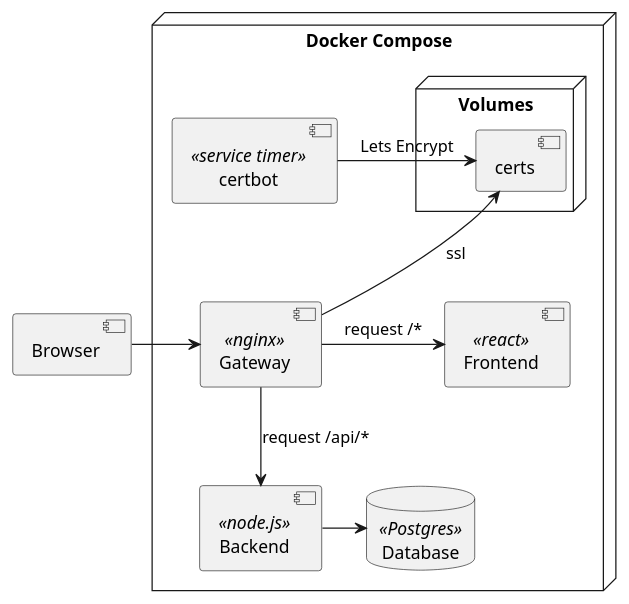
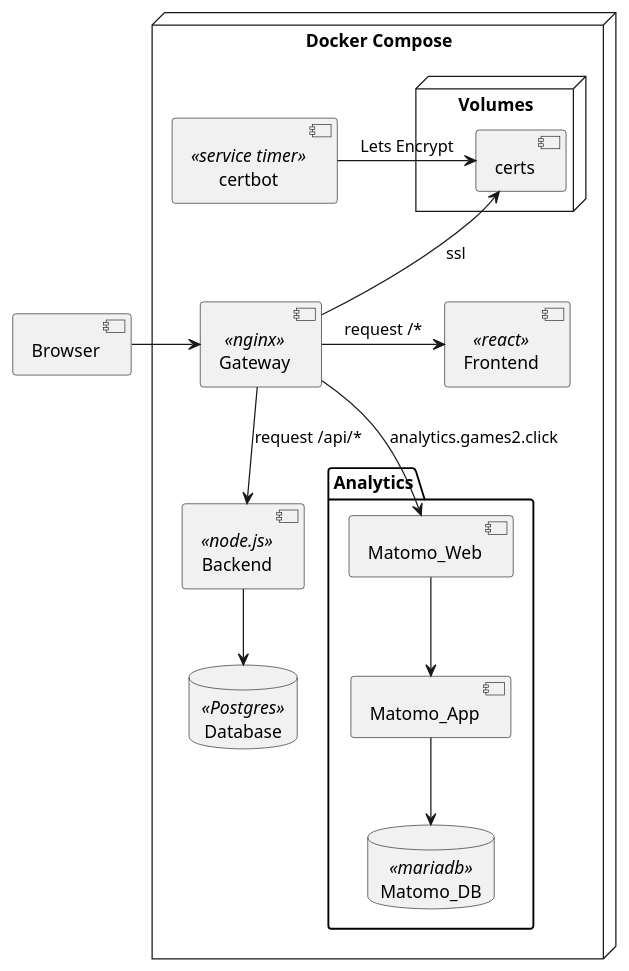
The diagram in docs/technical_documentation/components/components.puml (games2click/games2click.github.io), drawn with PlantUML before and after one commit.

Commit message:
Add matomo stack

```diff
--- a/docs/technical_documentation/components/components.puml
+++ b/docs/technical_documentation/components/components.puml
@@ -1,25 +1,38 @@
 @startuml
 
 component Browser {
 }
 
 node "Docker Compose" {
     [Gateway] <<nginx>>
+
     [Frontend] <<react>>
     [certbot] <<service timer>>
     [Backend] <<node.js>>
     database "Database" <<Postgres>>
 
     node "Volumes" {
         [certs]
     }
+
+    package "Analytics" {
+        [Matomo_Web]
+        [Matomo_App]
+        database "Matomo_DB" <<mariadb>>
+    }
 }
 
 Browser -r-> Gateway
+
 Gateway -u-> certs : ssl
 Gateway -r-> Frontend : request /*
 Gateway -d-> Backend : request /api/*
-Backend -r-> "Database"
+Backend -d-> "Database"
 
 certbot -l-> certs : Lets Encrypt
+
+Gateway --> Matomo_Web : analytics.games2.click
+Matomo_Web --> Matomo_App
+Matomo_App --> "Matomo_DB"
+
 @enduml
```
